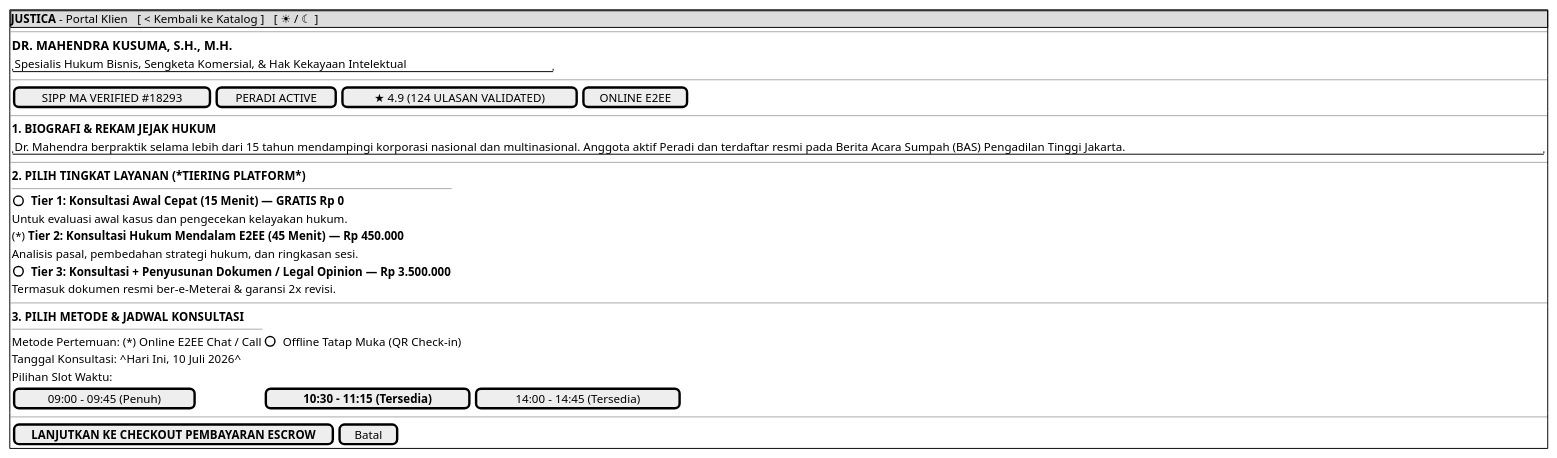
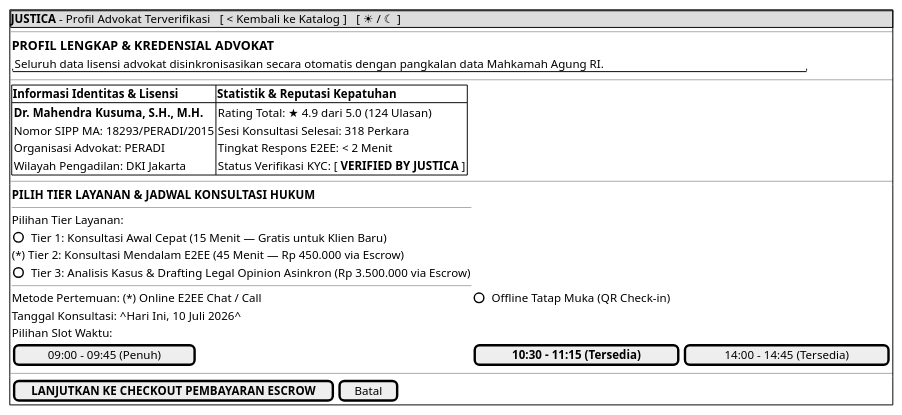
Before and after one commit to tupperwureism/SuperApp-Gagal: the diagram in JustifiqaMockups/mockup_ori/MOCK-J-CL-02B_Profil_Advokat_Booking.md, drawn with PlantUML. The commit also changed other lines of this file and 11 other files, not shown here.

````diff
--- a/JustifiqaMockups/mockup_ori/MOCK-J-CL-02B_Profil_Advokat_Booking.md
+++ b/JustifiqaMockups/mockup_ori/MOCK-J-CL-02B_Profil_Advokat_Booking.md
@@ -17,45 +17,47 @@
 ```plantuml
 @startsalt
 {+
-  {* <b>JUSTICA</b> - Portal Klien | [ < Kembali ke Katalog ] | [ ☀ / ☾ ] }
+  {* <b>JUSTICA</b> - Profil Advokat Terverifikasi | [ < Kembali ke Katalog ] | [ ☀ / ☾ ] }
   --
   {
-    === DR. MAHENDRA KUSUMA, S.H., M.H.
-    "Spesialis Hukum Bisnis, Sengketa Komersial, & Hak Kekayaan Intelektual"
+    === PROFIL LENGKAP & KREDENSIAL ADVOKAT
+    "Seluruh data lisensi advokat disinkronisasikan secara otomatis dengan pangkalan data Mahkamah Agung RI."
   }
   --
   {
-    [ SIPP MA VERIFIED #18293 ] | [ PERADI ACTIVE ] | [ ★ 4.9 (124 ULASAN VALIDATED) ] | [ ONLINE E2EE ]
+    {#
+      <b>Informasi Identitas & Lisensi</b> | <b>Statistik & Reputasi Kepatuhan</b>
+      {
+        <b>Dr. Mahendra Kusuma, S.H., M.H.</b>
+        Nomor SIPP MA: 18293/PERADI/2015
+        Organisasi Advokat: PERADI
+        Wilayah Pengadilan: DKI Jakarta
+      } | {
+        Rating Total: ★ 4.9 dari 5.0 (124 Ulasan)
+        Sesi Konsultasi Selesai: 318 Perkara
+        Tingkat Respons E2EE: < 2 Menit
+        Status Verifikasi KYC: [ <b>VERIFIED BY JUSTICA</b> ]
+      }
+    }
   }
   --
   {
-    <b>1. BIOGRAFI & REKAM JEJAK HUKUM</b>
-    "Dr. Mahendra berpraktik selama lebih dari 15 tahun mendampingi korporasi nasional dan multinasional. Anggota aktif Peradi dan terdaftar resmi pada Berita Acara Sumpah (BAS) Pengadilan Tinggi Jakarta."
-  }
-  --
-  {
-    <b>2. PILIH TINGKAT LAYANAN (*TIERING PLATFORM*)</b>
+    <b>PILIH TIER LAYANAN & JADWAL KONSULTASI HUKUM</b>
     --
-    () <b>Tier 1: Konsultasi Awal Cepat (15 Menit) — GRATIS Rp 0</b>
-       Untuk evaluasi awal kasus dan pengecekan kelayakan hukum.
-    (*) <b>Tier 2: Konsultasi Hukum Mendalam E2EE (45 Menit) — Rp 450.000</b>
-        Analisis pasal, pembedahan strategi hukum, dan ringkasan sesi.
-    () <b>Tier 3: Konsultasi + Penyusunan Dokumen / Legal Opinion — Rp 3.500.000</b>
-       Termasuk dokumen resmi ber-e-Meterai & garansi 2x revisi.
-  }
-  --
-  {
-    <b>3. PILIH METODE & JADWAL KONSULTASI</b>
+    Pilihan Tier Layanan:
+    () Tier 1: Konsultasi Awal Cepat (15 Menit — Gratis untuk Klien Baru)
+    (*) Tier 2: Konsultasi Mendalam E2EE (45 Menit — Rp 450.000 via Escrow)
+    () Tier 3: Analisis Kasus & Drafting Legal Opinion Asinkron (Rp 3.500.000 via Escrow)
     --
     Metode Pertemuan: (*) Online E2EE Chat / Call | () Offline Tatap Muka (QR Check-in)
     Tanggal Konsultasi: ^Hari Ini, 10 Juli 2026^
     Pilihan Slot Waktu:
     [ 09:00 - 09:45 (Penuh) ] | [ <b>10:30 - 11:15 (Tersedia)</b> ] | [ 14:00 - 14:45 (Tersedia) ]
   }
   --
   {
     [ <b>LANJUTKAN KE CHECKOUT PEMBAYARAN ESCROW</b> ] | [ Batal ]
   }
 }
 @endsalt
 ```
````
